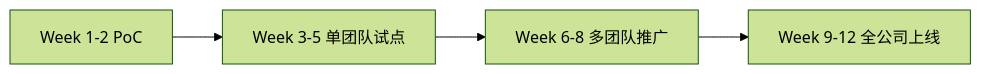
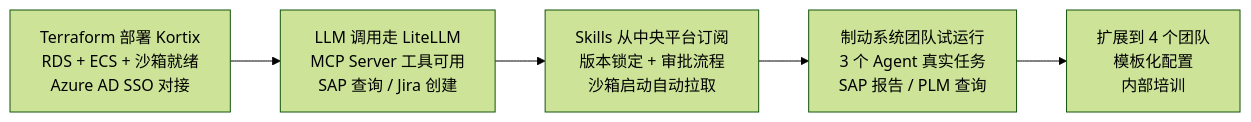
Before and after one commit to SilkLee/full-stack-guide: diagram 18 of 18 in suna-deep-dive.md, drawn with Mermaid (forest theme). The commit also changed other lines of this file, not shown here.

Commit message:
Update section 17: integrate with existing Continental infrastructure - LiteLLM gateway, central Skills platform, internal MCP servers. Kortix becomes pure Agent orchestration layer.

````diff
--- a/suna-deep-dive.md
+++ b/suna-deep-dive.md
@@ -1078,6 +1169,13 @@
 ```mermaid
 flowchart LR
-    P0["Week 1-2 PoC"] --> P1["Week 3-5 单团队试点"]
-    P1 --> P2["Week 6-8 多团队推广"]
-    P2 --> P3["Week 9-12 全公司上线"]
+    P0["Week 1-2<br/>基础部署"] --> P1["Week 3-4<br/>LiteLLM+MCP 集成"]
+    P1 --> P2["Week 5-7<br/>Skills 平台对接"]
+    P2 --> P3["Week 8-10<br/>单团队试点"]
+    P3 --> P4["Week 11-14<br/>多团队推广"]
+
+    P0["Terraform 部署 Kortix<br/>RDS + ECS + 沙箱就绪<br/>Azure AD SSO 对接"]
+    P1["LLM 调用走 LiteLLM<br/>MCP Server 工具可用<br/>SAP 查询 / Jira 创建"]
+    P2["Skills 从中央平台订阅<br/>版本锁定 + 审批流程<br/>沙箱启动自动拉取"]
+    P3["制动系统团队试运行<br/>3 个 Agent 真实任务<br/>SAP 报告 / PLM 查询"]
+    P4["扩展到 4 个团队<br/>模板化配置<br/>内部培训"]
 ```
````
